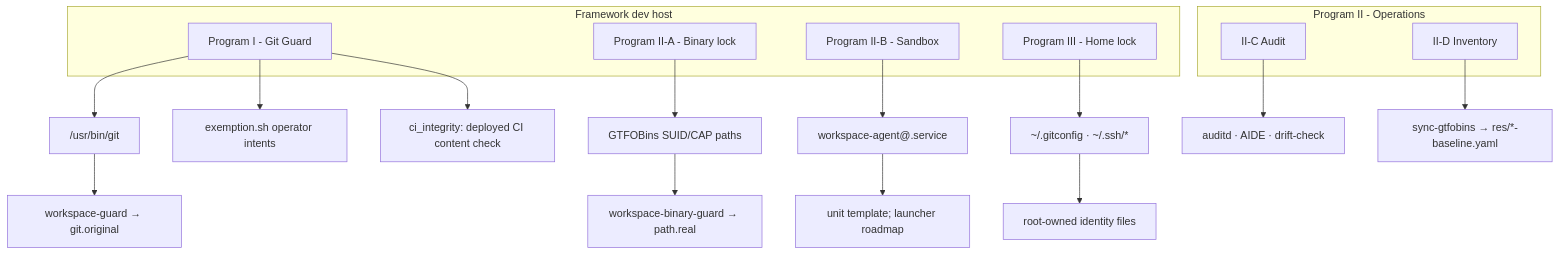
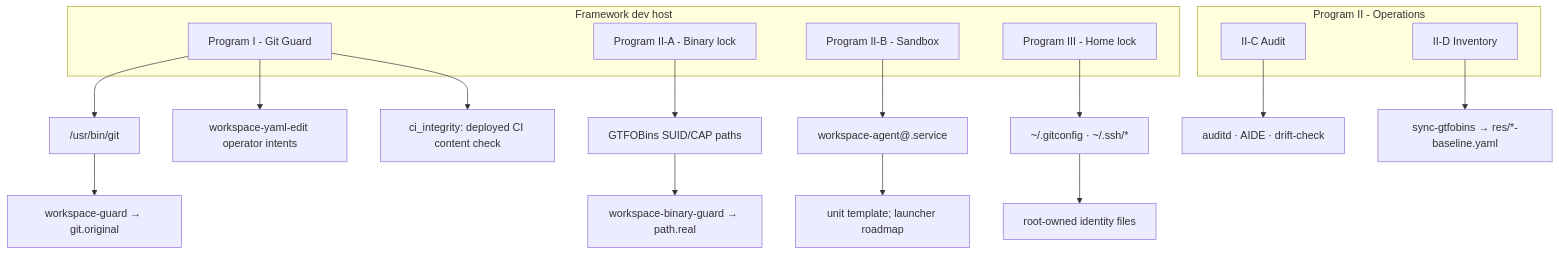
The diagram in README.md (Independent-AI-Labs/WORKSPACE-GUARD), drawn with Mermaid before and after one commit. The commit also changed other lines of this file and 29 other files, not shown here.

First line of the commit message:
feat: rewrite exemption tooling as workspace-yaml-edit secure YAML editor

````diff
--- a/README.md
+++ b/README.md
@@ -85,31 +85,31 @@
 ```mermaid
 flowchart TB
   subgraph host [Framework dev host]
     P1[Program I - Git Guard]
     P2A[Program II-A - Binary lock]
     P2B[Program II-B - Sandbox]
     P3[Program III - Home lock]
   end
 
   P1 --> S1["/usr/bin/git"]
   S1 --> E1["workspace-guard → git.original"]
-  P1 --> C1["exemption.sh operator intents"]
+  P1 --> C1["workspace-yaml-edit operator intents"]
   P1 --> C2["ci_integrity: deployed CI content check"]
 
   P2A --> S2["GTFOBins SUID/CAP paths"]
   S2 --> E2["workspace-binary-guard → path.real"]
 
   P2B --> S3["workspace-agent@.service"]
   S3 --> E3["unit template; launcher roadmap"]
 
   P3 --> S4["~/.gitconfig · ~/.ssh/*"]
   S4 --> E4["root-owned identity files"]
 
   subgraph ops [Program II - Operations]
     P2C[II-C Audit]
     P2D[II-D Inventory]
   end
 
   P2C --> D1["auditd · AIDE · drift-check"]
   P2D --> D2["sync-gtfobins → res/*-baseline.yaml"]
 ```
````
